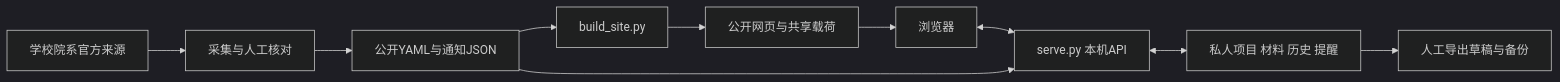
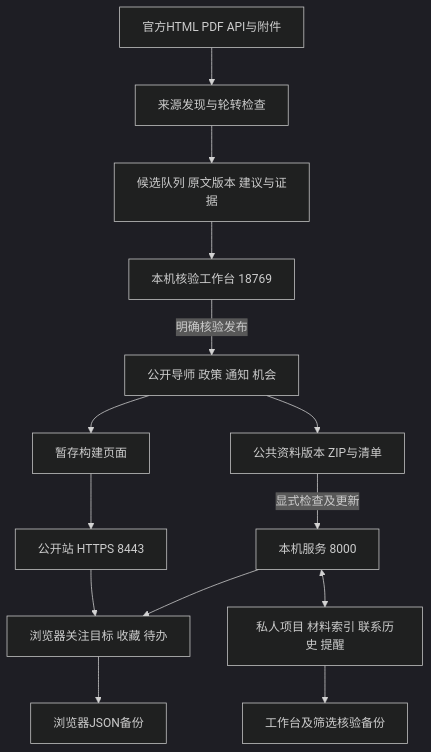
One commit to kanosa0101/Mentor-Research-and-Analysis-Tool changed the diagram in ARCHITECTURE.md. Above: the diagram before and after it, drawn with Mermaid (dark theme). The commit also changed other lines of this file and 7629 other files, not shown here.

````diff
--- a/ARCHITECTURE.md
+++ b/ARCHITECTURE.md
@@ -5,12 +5,16 @@
 ```mermaid
-flowchart LR
-  O[学校院系官方来源] --> M[采集与人工核对]
-  M --> P[公开YAML与通知JSON]
-  P --> B[build_site.py]
-  B --> S[公开网页与共享载荷]
-  S --> U[浏览器]
-  U <--> L[serve.py 本机API]
-  P --> L
-  L <--> W[私人项目 材料 历史 提醒]
-  W --> E[人工导出草稿与备份]
+flowchart TD
+  Official[官方HTML PDF API与附件] --> Discovery[来源发现与轮转检查]
+  Discovery --> Queue[候选队列 原文版本 建议与证据]
+  Queue --> Review[本机核验工作台 18769]
+  Review -->|明确核验发布| Public[公开导师 政策 通知 机会]
+  Public --> Build[暂存构建页面]
+  Build --> Web[公开站 HTTPS 8443]
+  Public --> Snapshot[公共资料版本 ZIP与清单]
+  Snapshot -->|显式检查及更新| Local[本机服务 8000]
+  Web --> Browser[浏览器关注目标 收藏 待办]
+  Local --> Browser
+  Local <--> Private[私人项目 材料索引 联系历史 提醒]
+  Browser --> BrowserBackup[浏览器JSON备份]
+  Private --> WorkflowBackup[工作台及筛选核验备份]
 ```
````
